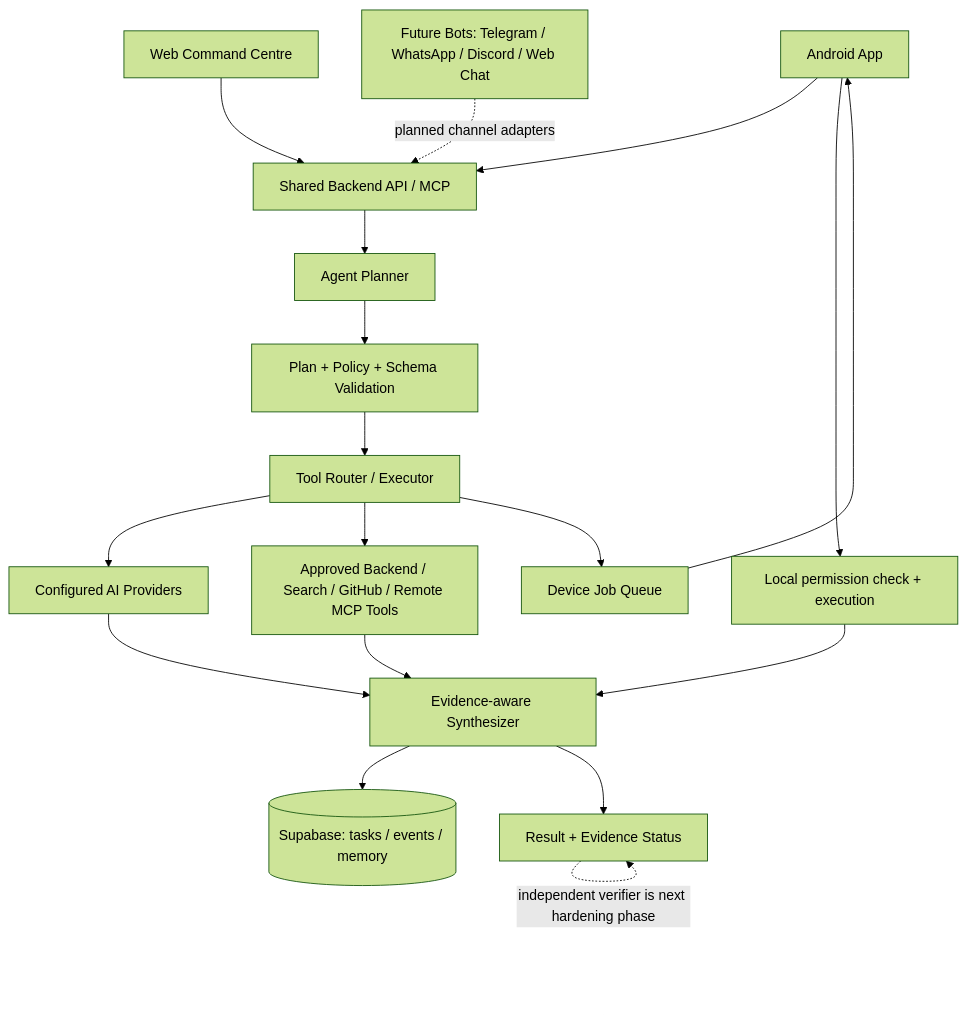
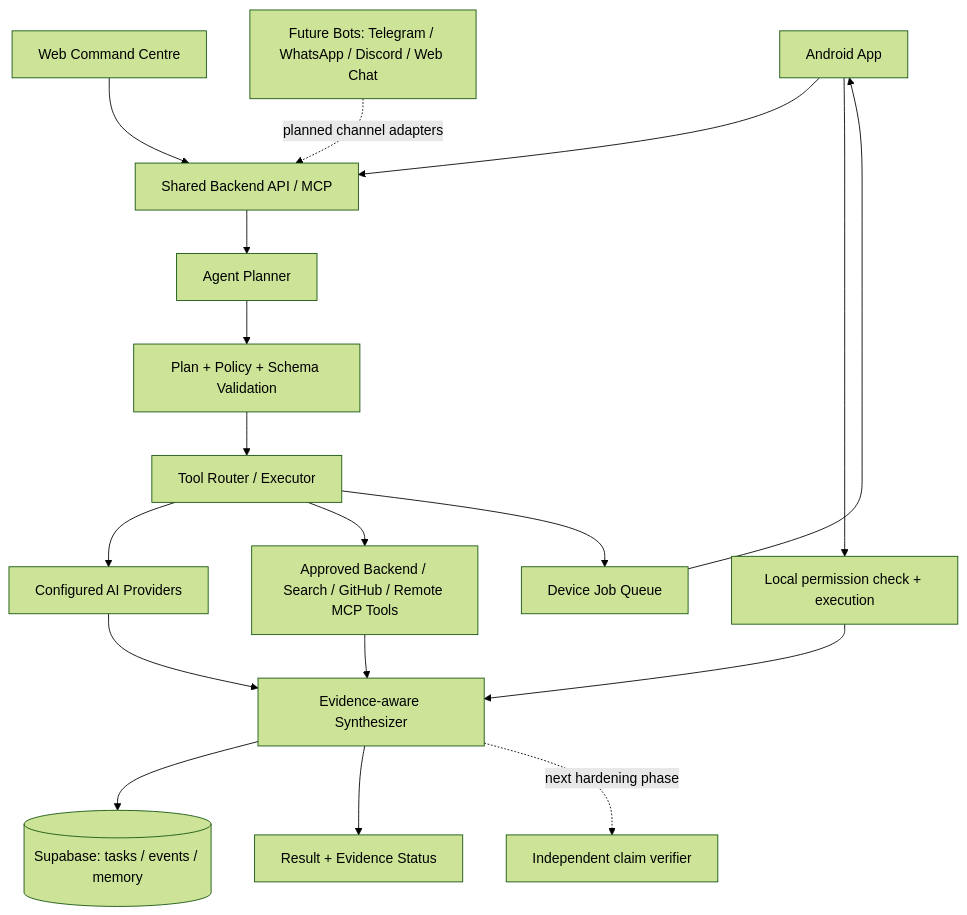
The diagram in README.md (kandarpprajapati567-alt/MCP-backend), drawn with Mermaid (forest theme) before and after one commit. The commit also changed other lines of this file, not shown here.

Commit message:
Link bot gateway plan and clarify independent verifier status

````diff
--- a/README.md
+++ b/README.md
@@ -70,20 +70,20 @@
 ```mermaid
 flowchart TD
     A["Android App"] --> G["Shared Backend API / MCP"]
     W["Web Command Centre"] --> G
     B["Future Bots: Telegram / WhatsApp / Discord / Web Chat"] -. "planned channel adapters" .-> G
     G --> P["Agent Planner"]
     P --> V["Plan + Policy + Schema Validation"]
     V --> R["Tool Router / Executor"]
     R --> AI["Configured AI Providers"]
     R --> T["Approved Backend / Search / GitHub / Remote MCP Tools"]
     R --> Q["Device Job Queue"]
     Q --> A
     A --> X["Local permission check + execution"]
     AI --> S["Evidence-aware Synthesizer"]
     T --> S
     X --> S
     S --> DB[("Supabase: tasks / events / memory")]
     S --> O["Result + Evidence Status"]
-    O -. "independent verifier is next hardening phase" .-> O
+    S -. "next hardening phase" .-> V2["Independent claim verifier"]
 ```
````
